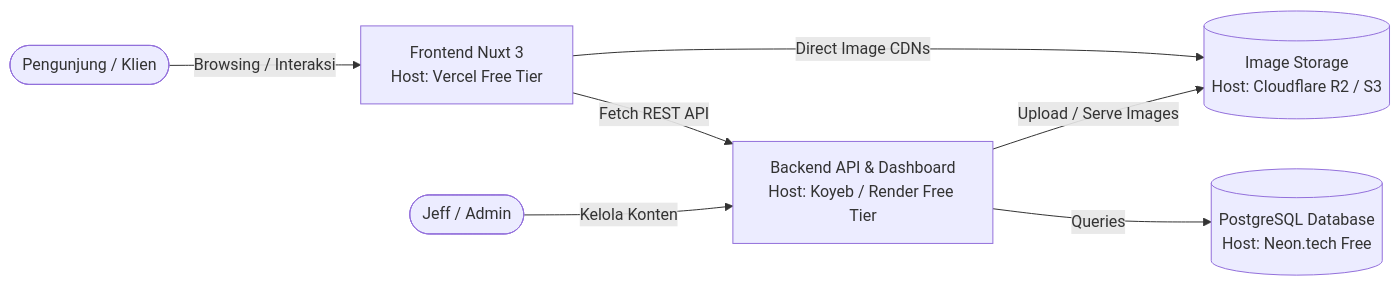
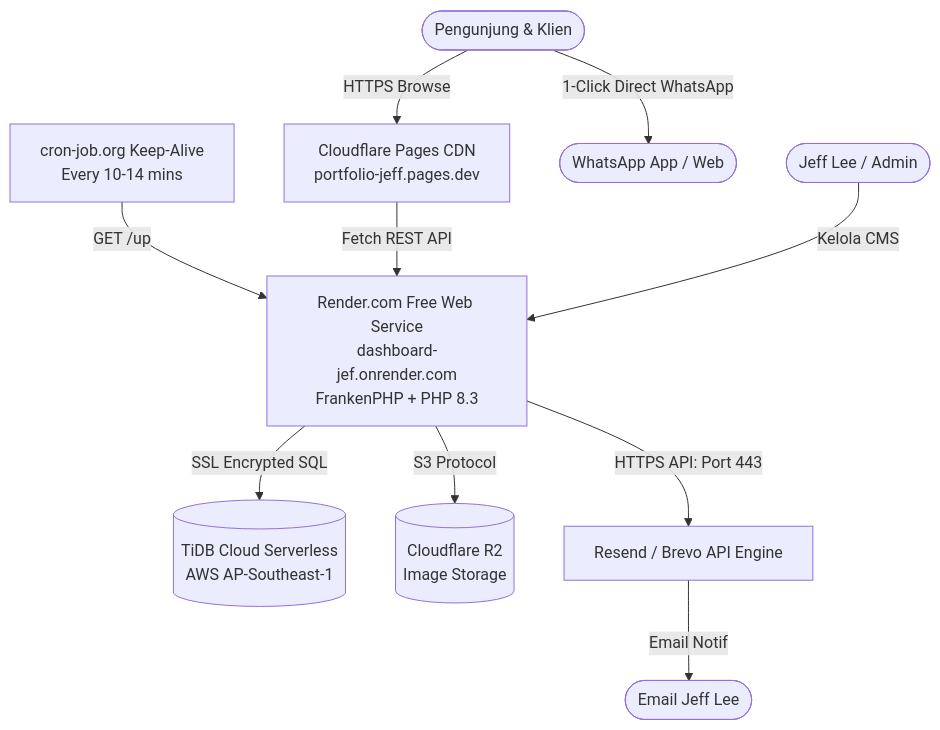
One commit to yodi-dev/portfolio-jeff changed the second of 2 diagrams in PRD.md. Above: the diagram before and after it, drawn with Mermaid. The commit also changed other lines of this file and 3 other files, not shown here.

````diff
--- a/PRD.md
+++ b/PRD.md
@@ -130,9 +196,12 @@
 ```mermaid
-flowchart LR
-    User([Pengunjung / Klien]) -->|Browsing / Interaksi| NuxtApp[Frontend Nuxt 3\nHost: Vercel Free Tier]
-    NuxtApp -->|Fetch REST API| LaravelAPI[Backend API & Dashboard\nHost: Koyeb / Render Free Tier]
-    LaravelAPI -->|Queries| CloudDB[(PostgreSQL Database\nHost: Neon.tech Free)]
-    LaravelAPI -->|Upload / Serve Images| CloudflareR2[(Image Storage\nHost: Cloudflare R2 / S3)]
-    NuxtApp -->|Direct Image CDNs| CloudflareR2
-    Admin([Jeff / Admin]) -->|Kelola Konten| LaravelAPI
+flowchart TD
+    Client([Pengunjung & Klien]) -->|HTTPS Browse| CF[Cloudflare Pages CDN\nportfolio-jeff.pages.dev]
+    Cron[cron-job.org Keep-Alive\nEvery 10-14 mins] -->|GET /up| Render[Render.com Free Web Service\ndashboard-jef.onrender.com\nFrankenPHP + PHP 8.3]
+    CF -->|Fetch REST API| Render
+    Render -->|SSL Encrypted SQL| TiDB[(TiDB Cloud Serverless\nAWS AP-Southeast-1)]
+    Render -->|S3 Protocol| R2[(Cloudflare R2\nImage Storage)]
+    Render -->|HTTPS API: Port 443| MailAPI[Resend / Brevo API Engine]
+    MailAPI -->|Email Notif| AdminEmail([Email Jeff Lee])
+    Client -->|1-Click Direct WhatsApp| WA([WhatsApp App / Web])
+    Admin([Jeff Lee / Admin]) -->|Kelola CMS| Render
 ```
````
